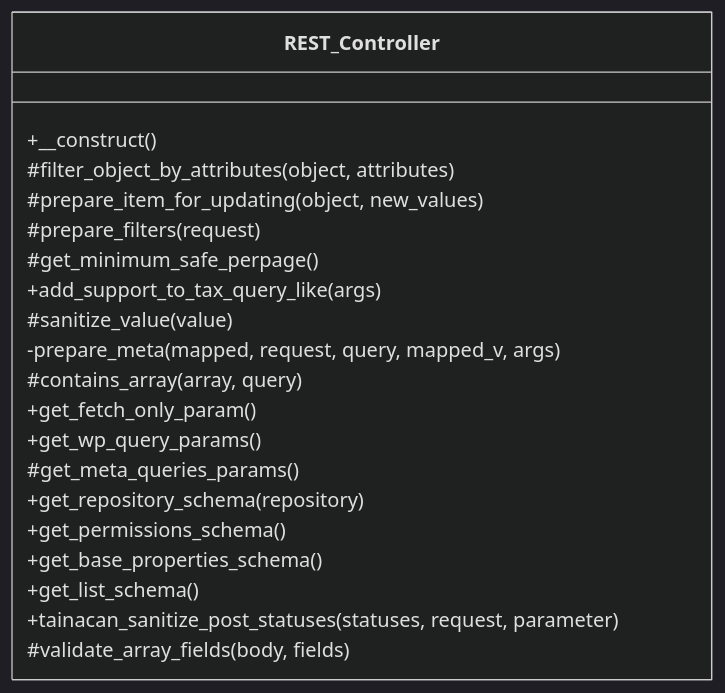
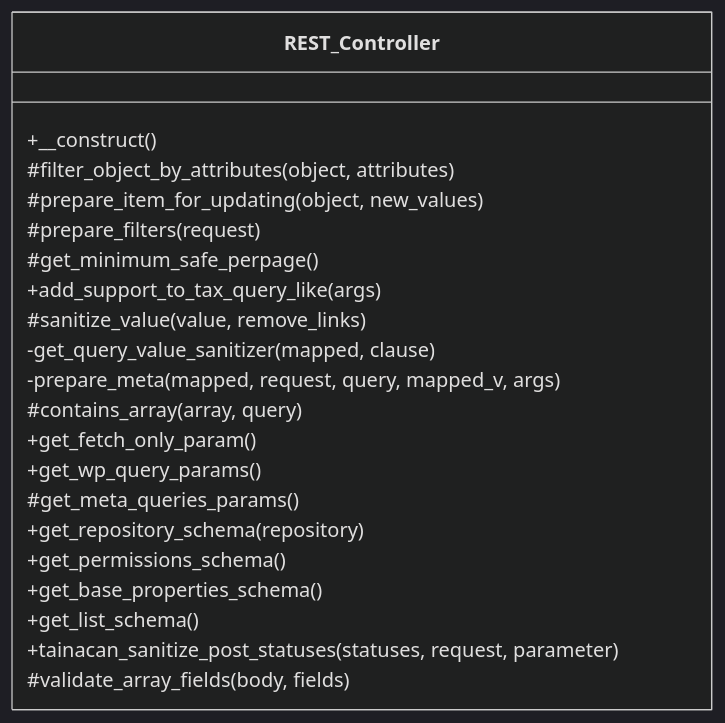
The diagram in docs/phpdoc/classes/Tainacan/API/REST_Controller.md (tainacan/tainacan), drawn with Mermaid (dark theme) before and after one commit. The commit also changed other lines of this file and 51 other files, not shown here.

````diff
--- a/docs/phpdoc/classes/Tainacan/API/REST_Controller.md
+++ b/docs/phpdoc/classes/Tainacan/API/REST_Controller.md
@@ -16,24 +16,25 @@
 ```mermaid
 classDiagram
     direction TB
     class REST_Controller {
         +__construct()
         #filter_object_by_attributes(object, attributes)
         #prepare_item_for_updating(object, new_values)
         #prepare_filters(request)
         #get_minimum_safe_perpage()
         +add_support_to_tax_query_like(args)
-        #sanitize_value(value)
+        #sanitize_value(value, remove_links)
+        -get_query_value_sanitizer(mapped, clause)
         -prepare_meta(mapped, request, query, mapped_v, args)
         #contains_array(array, query)
         +get_fetch_only_param()
         +get_wp_query_params()
         #get_meta_queries_params()
         +get_repository_schema(repository)
         +get_permissions_schema()
         +get_base_properties_schema()
         +get_list_schema()
         +tainacan_sanitize_post_statuses(statuses, request, parameter)
         #validate_array_fields(body, fields)
     }
 ```
````
